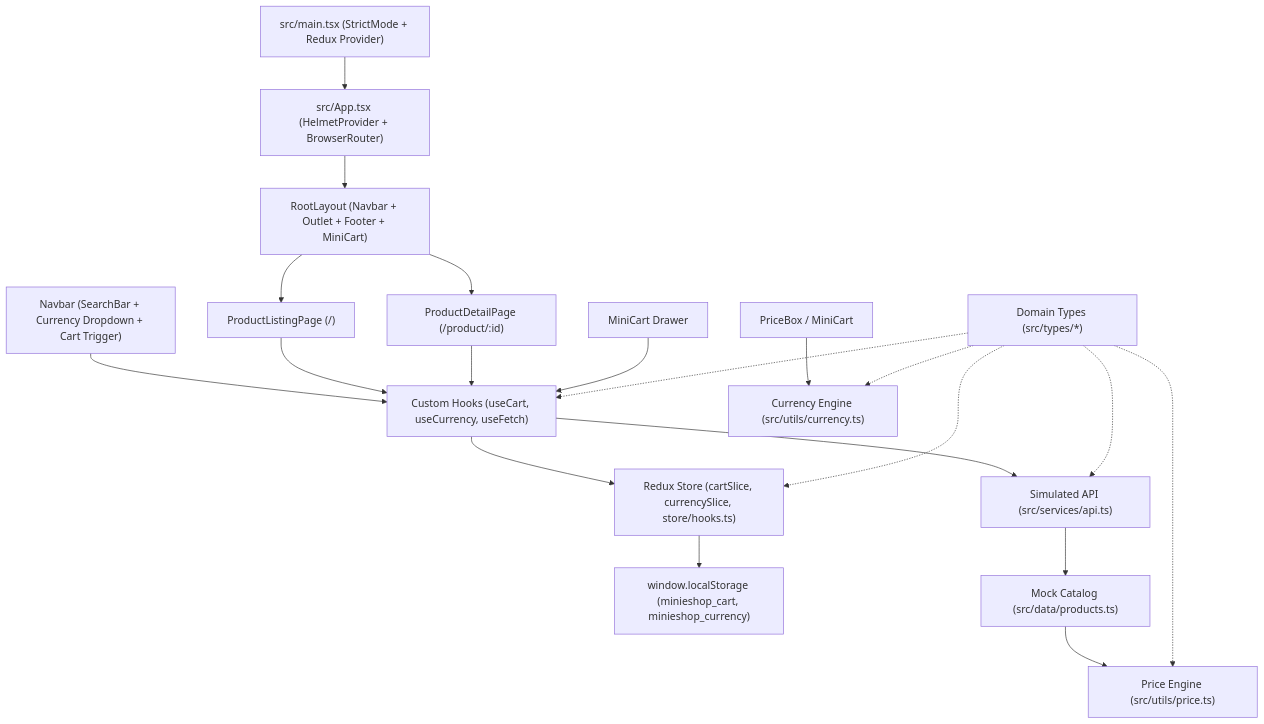
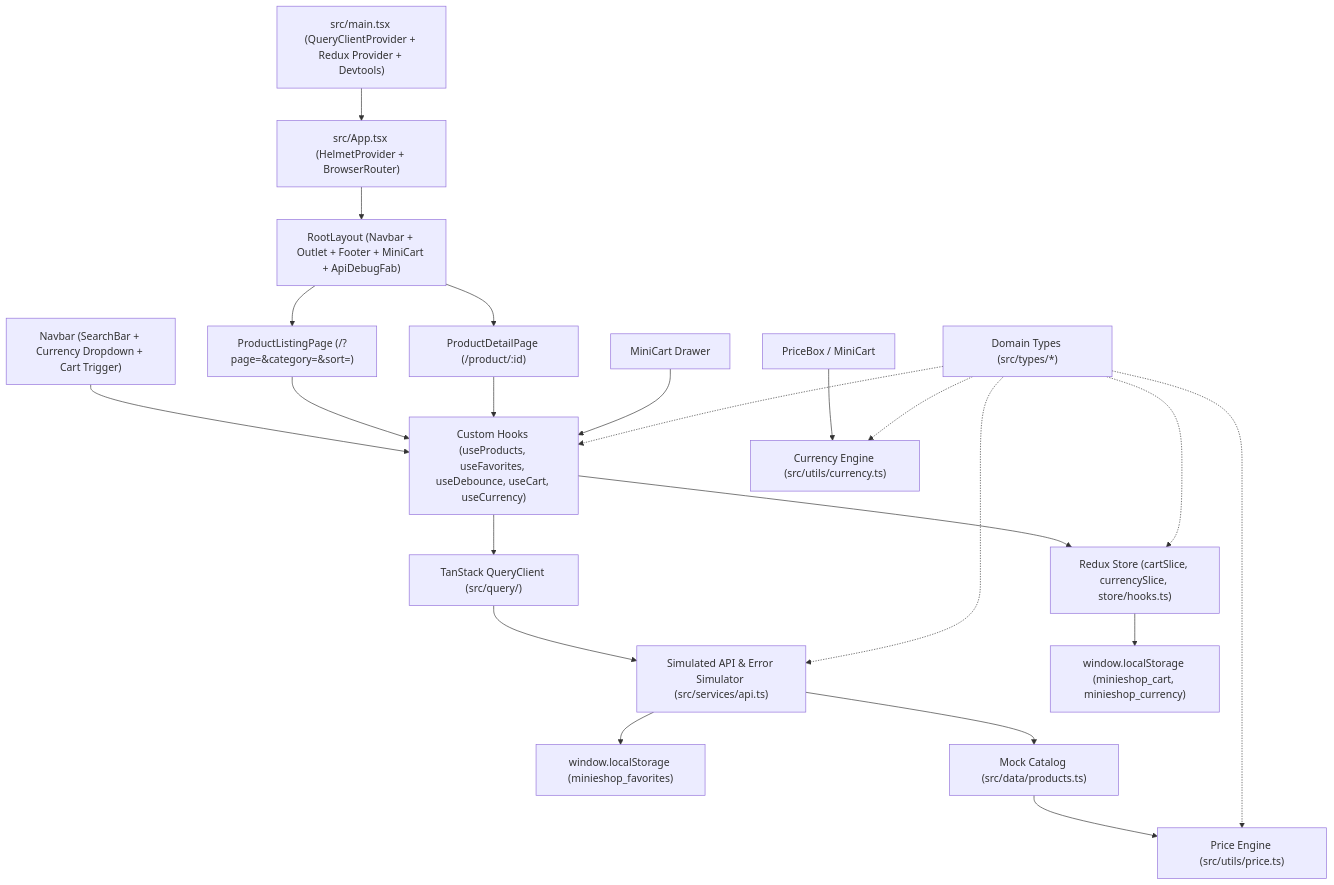
The diagram in docs/architecture.md (Luiquecruz/minie-shop), drawn with Mermaid before and after one commit. The commit also changed other lines of this file and 36 other files, not shown here.

First line of the commit message:
feat: implement TanStack React Query migration and optimistic favorites

````diff
--- a/docs/architecture.md
+++ b/docs/architecture.md
@@ -6,22 +6,24 @@
 ```mermaid
 flowchart TD
-    Main["src/main.tsx (StrictMode + Redux Provider)"] --> App["src/App.tsx (HelmetProvider + BrowserRouter)"]
-    App --> Layout["RootLayout (Navbar + Outlet + Footer + MiniCart)"]
-    Layout --> PLP["ProductListingPage (/)"]
+    Main["src/main.tsx (QueryClientProvider + Redux Provider + Devtools)"] --> App["src/App.tsx (HelmetProvider + BrowserRouter)"]
+    App --> Layout["RootLayout (Navbar + Outlet + Footer + MiniCart + ApiDebugFab)"]
+    Layout --> PLP["ProductListingPage (/?page=&category=&sort=)"]
     Layout --> PDP["ProductDetailPage (/product/:id)"]
     Navbar["Navbar (SearchBar + Currency Dropdown + Cart Trigger)"] --> Hooks
     PLP --> Hooks
     PDP --> Hooks
     MiniCart["MiniCart Drawer"] --> Hooks
-    Hooks["Custom Hooks (useCart, useCurrency, useFetch<T>)"] --> Store["Redux Store (cartSlice, currencySlice, store/hooks.ts)"]
-    Hooks --> API["Simulated API (src/services/api.ts)"]
+    Hooks["Custom Hooks (useProducts, useFavorites, useDebounce, useCart, useCurrency)"] --> RQ["TanStack QueryClient (src/query/)"]
+    Hooks --> Store["Redux Store (cartSlice, currencySlice, store/hooks.ts)"]
+    RQ --> API["Simulated API & Error Simulator (src/services/api.ts)"]
     Store --> LS["window.localStorage (minieshop_cart, minieshop_currency)"]
+    API --> FavLS["window.localStorage (minieshop_favorites)"]
     API --> Mock["Mock Catalog (src/data/products.ts)"]
     Mock --> PriceEngine["Price Engine (src/utils/price.ts)"]
     PriceBox["PriceBox / MiniCart"] --> CurrencyEngine["Currency Engine (src/utils/currency.ts)"]
     Types["Domain Types (src/types/*)"] -.-> PriceEngine
     Types -.-> CurrencyEngine
     Types -.-> API
     Types -.-> Store
     Types -.-> Hooks
 ```
````
